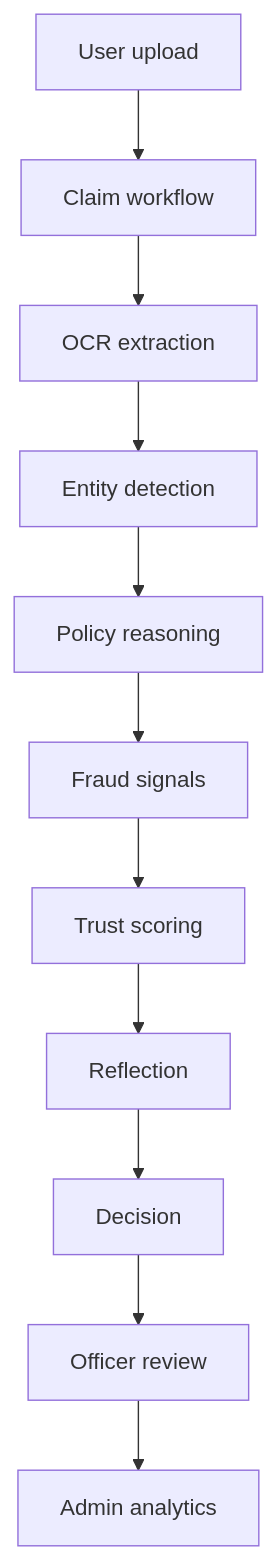
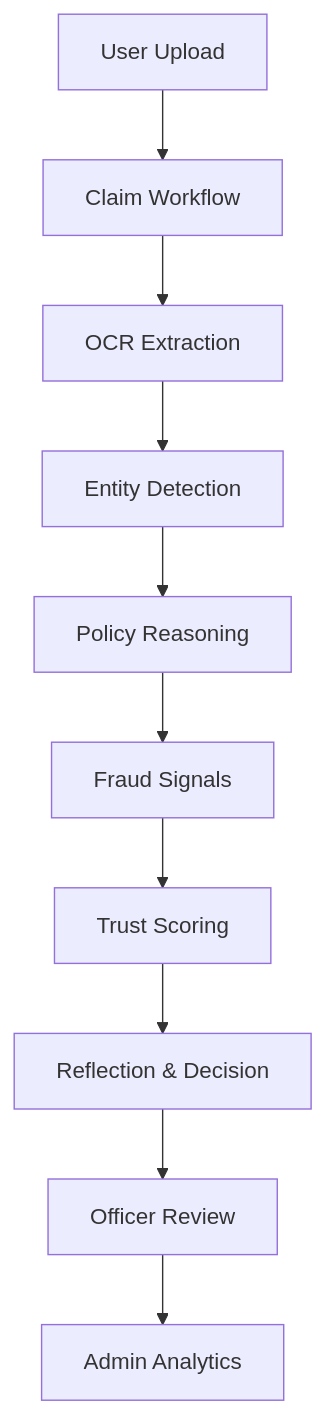
The diagram in README.md (Aswin-hitech/Medicurance), drawn with Mermaid before and after one commit. The commit also changed other lines of this file and 2 other files, not shown here.

````diff
--- a/README.md
+++ b/README.md
@@ -24,13 +41,12 @@
 ```mermaid
 flowchart TD
-    U[User upload] --> W[Claim workflow]
-    W --> OCR[OCR extraction]
-    OCR --> ENT[Entity detection]
-    ENT --> POL[Policy reasoning]
-    POL --> FRAUD[Fraud signals]
-    FRAUD --> TRUST[Trust scoring]
-    TRUST --> REFLECT[Reflection]
-    REFLECT --> DECIDE[Decision]
-    DECIDE --> REVIEW[Officer review]
-    REVIEW --> ADMIN[Admin analytics]
+    U[User Upload] --> W[Claim Workflow]
+    W --> OCR[OCR Extraction]
+    OCR --> ENT[Entity Detection]
+    ENT --> POL[Policy Reasoning]
+    POL --> FRAUD[Fraud Signals]
+    FRAUD --> TRUST[Trust Scoring]
+    TRUST --> REFLECT[Reflection & Decision]
+    REFLECT --> REVIEW[Officer Review]
+    REVIEW --> ADMIN[Admin Analytics]
 ```
````
